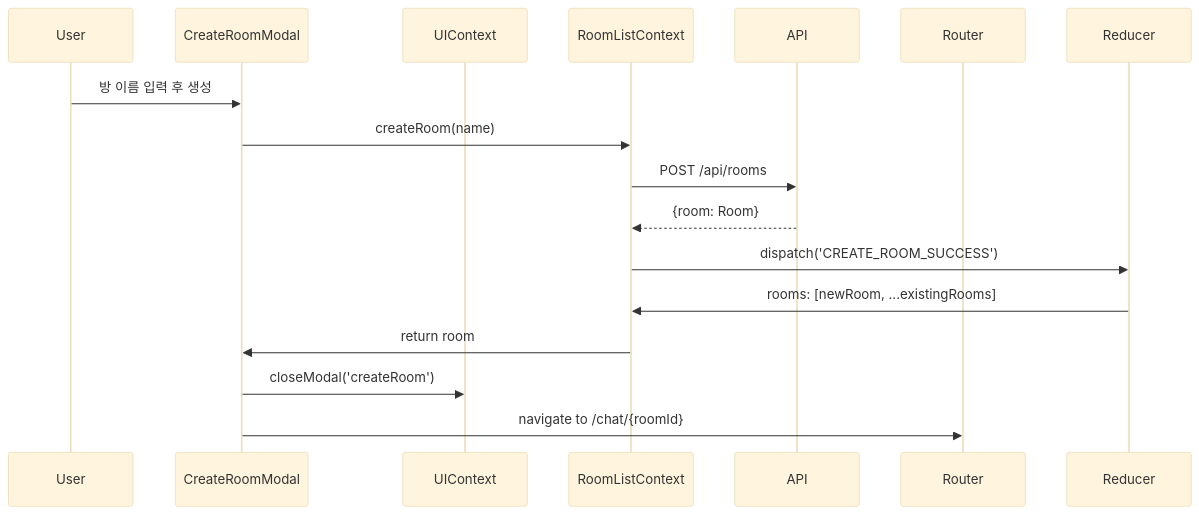
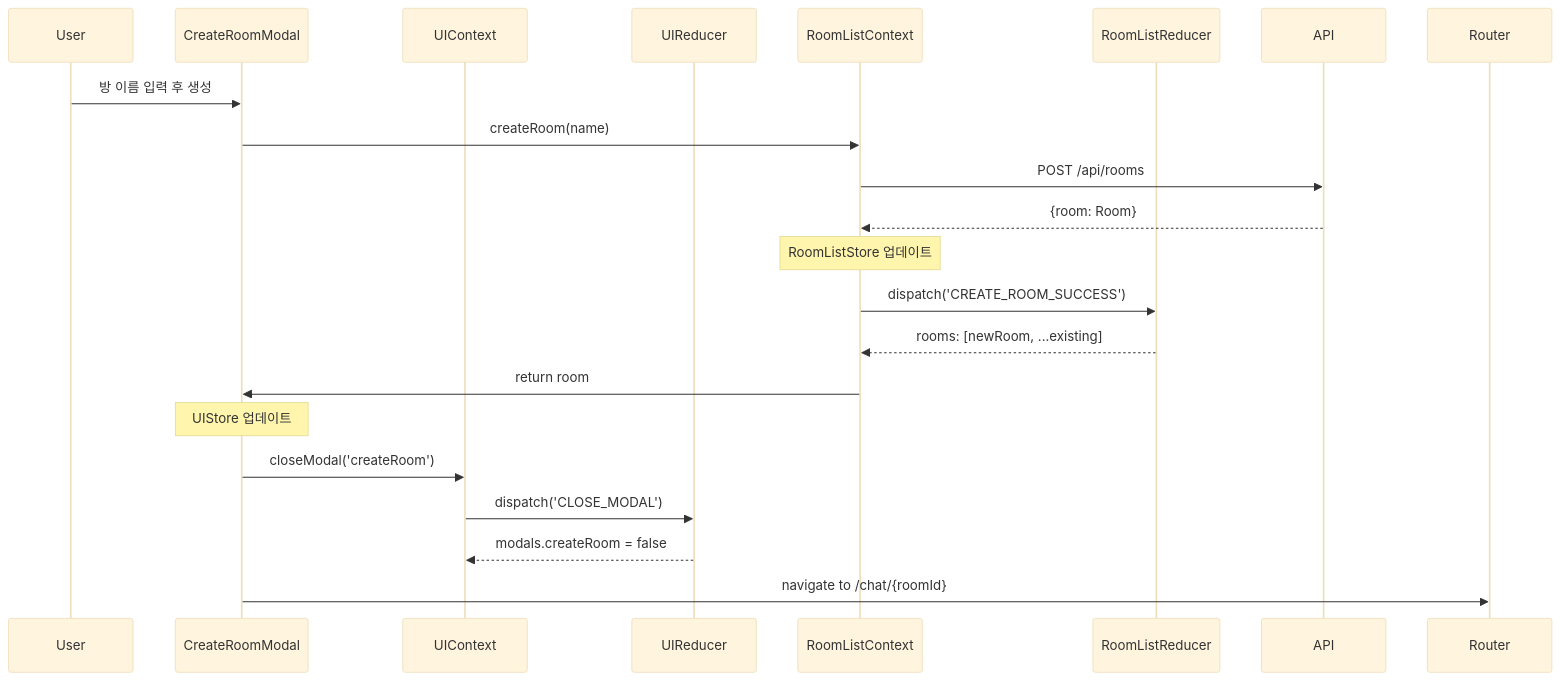
One commit to dasanworld/ChatService changed the third of 4 diagrams in docs/pages/dashboard/state-management.md. Above: the diagram before and after it, drawn with Mermaid (base theme). The commit also changed other lines of this file and 4 other files, not shown here.

Commit message:
docs: Update state management documentation for Chat Room, Dashboard, Invite, Login, and Signup pages with Flux architecture and flow diagrams

````diff
--- a/docs/pages/dashboard/state-management.md
+++ b/docs/pages/dashboard/state-management.md
@@ -699,22 +767,30 @@
 ```mermaid
 sequenceDiagram
     participant User
     participant CreateRoomModal
     participant UIContext
+    participant UIReducer
     participant RoomListContext
+    participant RoomListReducer
     participant API
     participant Router
     
     User->>CreateRoomModal: 방 이름 입력 후 생성
     CreateRoomModal->>RoomListContext: createRoom(name)
     
     RoomListContext->>API: POST /api/rooms
     API-->>RoomListContext: {room: Room}
     
-    RoomListContext->>Reducer: dispatch('CREATE_ROOM_SUCCESS')
-    Reducer->>RoomListContext: rooms: [newRoom, ...existingRooms]
+    Note over RoomListContext: RoomListStore 업데이트
+    RoomListContext->>RoomListReducer: dispatch('CREATE_ROOM_SUCCESS')
+    RoomListReducer-->>RoomListContext: rooms: [newRoom, ...existing]
     
     RoomListContext->>CreateRoomModal: return room
+    
+    Note over CreateRoomModal: UIStore 업데이트
     CreateRoomModal->>UIContext: closeModal('createRoom')
+    UIContext->>UIReducer: dispatch('CLOSE_MODAL')
+    UIReducer-->>UIContext: modals.createRoom = false
+    
     CreateRoomModal->>Router: navigate to /chat/{roomId}
 ```
````
